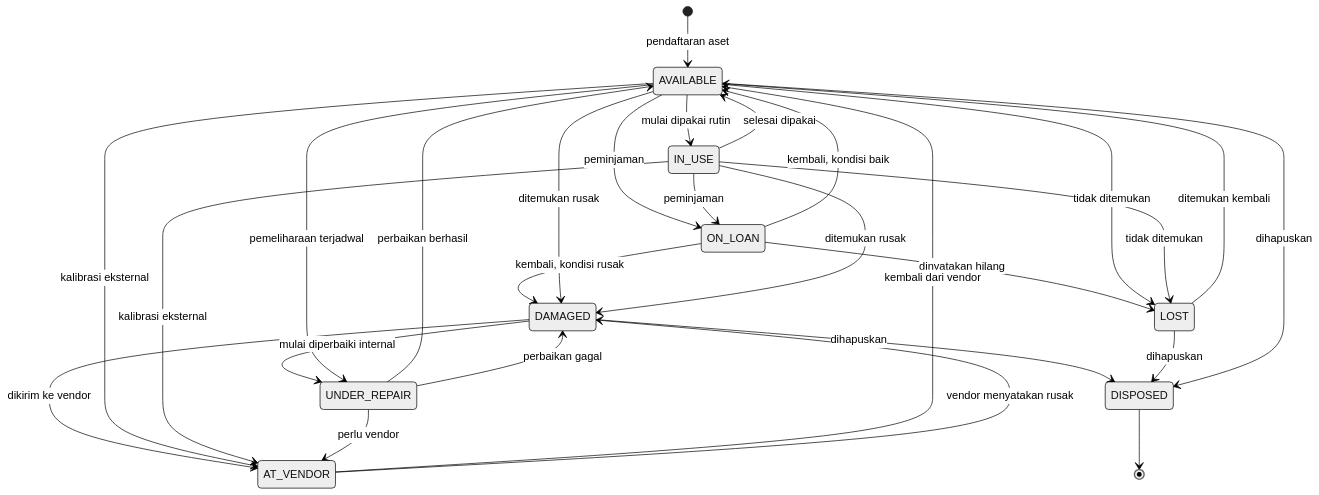
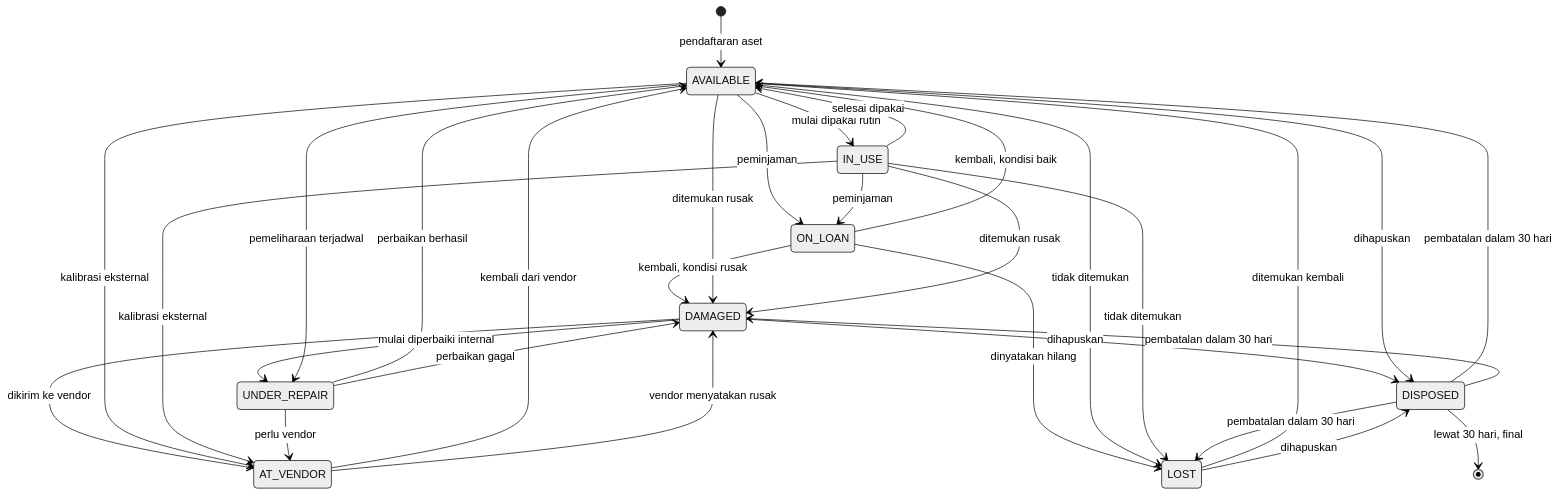
One commit to mferdinandr/inventory-management changed the second of 2 diagrams in docs/03-erd.md. Above: the diagram before and after it, drawn with Mermaid (neutral theme). The commit also changed other lines of this file and 9 other files, not shown here.

````diff
--- a/docs/03-erd.md
+++ b/docs/03-erd.md
@@ -489,37 +513,40 @@
 ```mermaid
 stateDiagram-v2
     [*] --> AVAILABLE: pendaftaran aset
 
     AVAILABLE --> IN_USE: mulai dipakai rutin
     IN_USE --> AVAILABLE: selesai dipakai
 
     AVAILABLE --> ON_LOAN: peminjaman
     IN_USE --> ON_LOAN: peminjaman
     ON_LOAN --> AVAILABLE: kembali, kondisi baik
     ON_LOAN --> DAMAGED: kembali, kondisi rusak
     ON_LOAN --> LOST: dinyatakan hilang
 
     AVAILABLE --> DAMAGED: ditemukan rusak
     IN_USE --> DAMAGED: ditemukan rusak
     DAMAGED --> UNDER_REPAIR: mulai diperbaiki internal
     DAMAGED --> AT_VENDOR: dikirim ke vendor
 
     AVAILABLE --> UNDER_REPAIR: pemeliharaan terjadwal
     AVAILABLE --> AT_VENDOR: kalibrasi eksternal
     IN_USE --> AT_VENDOR: kalibrasi eksternal
 
     UNDER_REPAIR --> AVAILABLE: perbaikan berhasil
     UNDER_REPAIR --> AT_VENDOR: perlu vendor
     UNDER_REPAIR --> DAMAGED: perbaikan gagal
     AT_VENDOR --> AVAILABLE: kembali dari vendor
     AT_VENDOR --> DAMAGED: vendor menyatakan rusak
 
     AVAILABLE --> LOST: tidak ditemukan
     IN_USE --> LOST: tidak ditemukan
     LOST --> AVAILABLE: ditemukan kembali
 
     DAMAGED --> DISPOSED: dihapuskan
     LOST --> DISPOSED: dihapuskan
     AVAILABLE --> DISPOSED: dihapuskan
-    DISPOSED --> [*]
+    DISPOSED --> AVAILABLE: pembatalan dalam 30 hari
+    DISPOSED --> DAMAGED: pembatalan dalam 30 hari
+    DISPOSED --> LOST: pembatalan dalam 30 hari
+    DISPOSED --> [*]: lewat 30 hari, final
 ```
````
